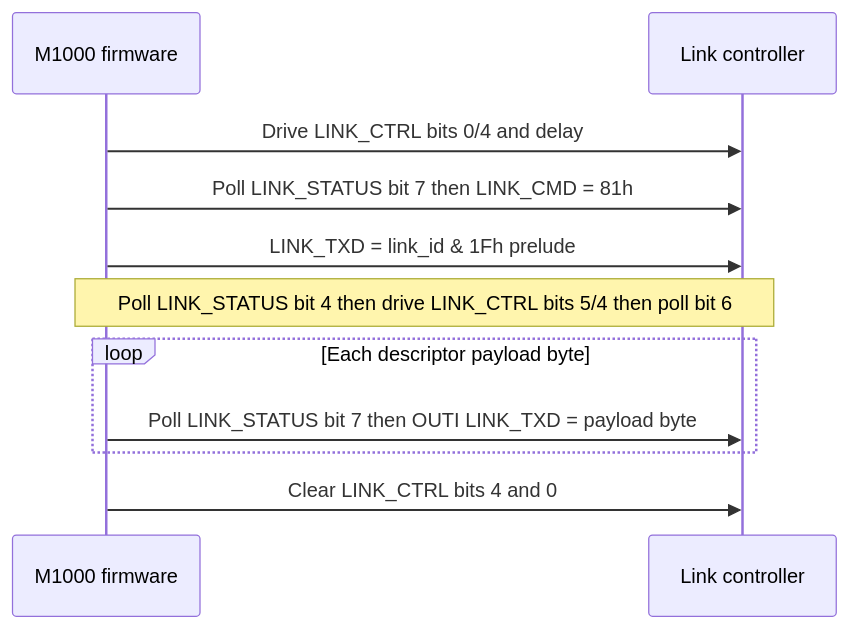
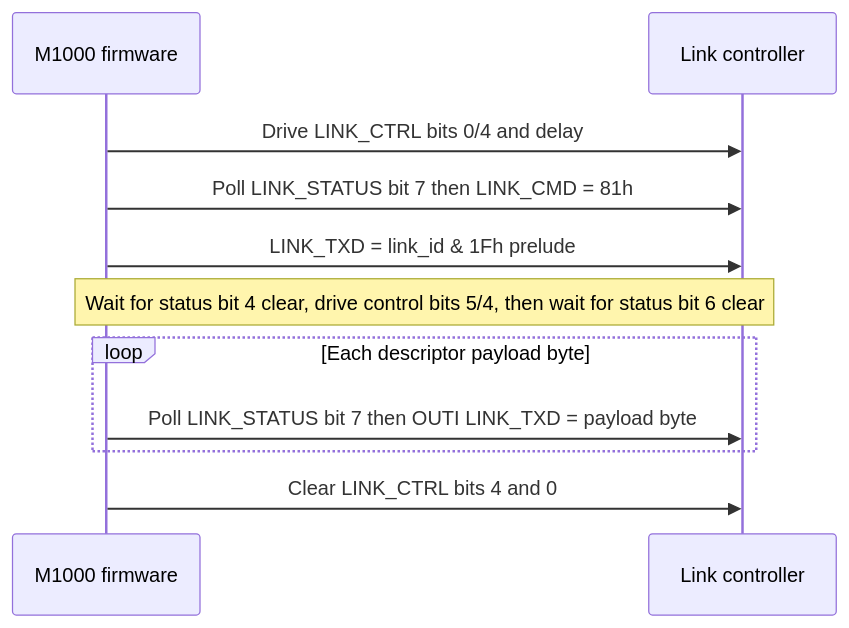
One commit to philpem/micronic1000 changed the diagram in doc/protocol/commstar.md. Above: the diagram before and after it, drawn with Mermaid. The commit also changed other lines of this file and 11 other files, not shown here.

````diff
--- a/doc/protocol/commstar.md
+++ b/doc/protocol/commstar.md
@@ -84,13 +86,13 @@
 ```mermaid
 sequenceDiagram
     participant F as M1000 firmware
     participant C as Link controller
     F->>C: Drive LINK_CTRL bits 0/4 and delay
     F->>C: Poll LINK_STATUS bit 7 then LINK_CMD = 81h
     F->>C: LINK_TXD = link_id & 1Fh prelude
-    Note over F,C: Poll LINK_STATUS bit 4 then drive LINK_CTRL bits 5/4 then poll bit 6
+    Note over F,C: Wait for status bit 4 clear, drive control bits 5/4, then wait for status bit 6 clear
     loop Each descriptor payload byte
         F->>C: Poll LINK_STATUS bit 7 then OUTI LINK_TXD = payload byte
     end
     F->>C: Clear LINK_CTRL bits 4 and 0
 ```
````
